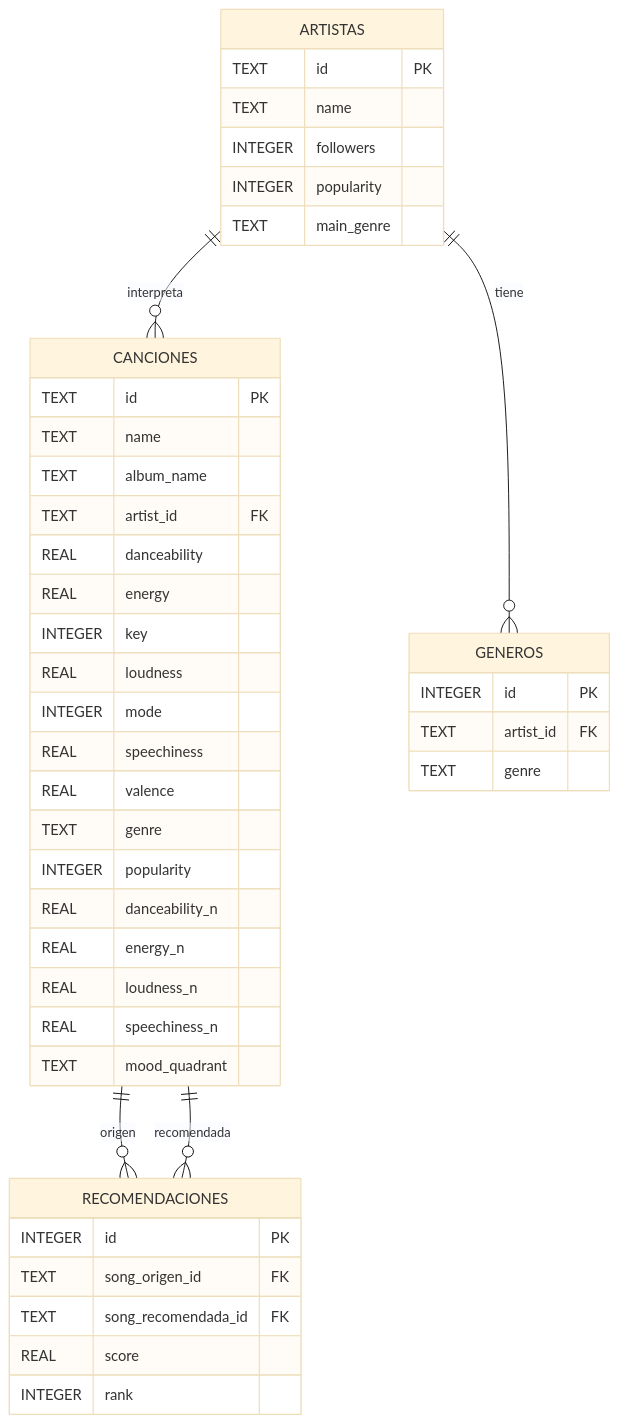
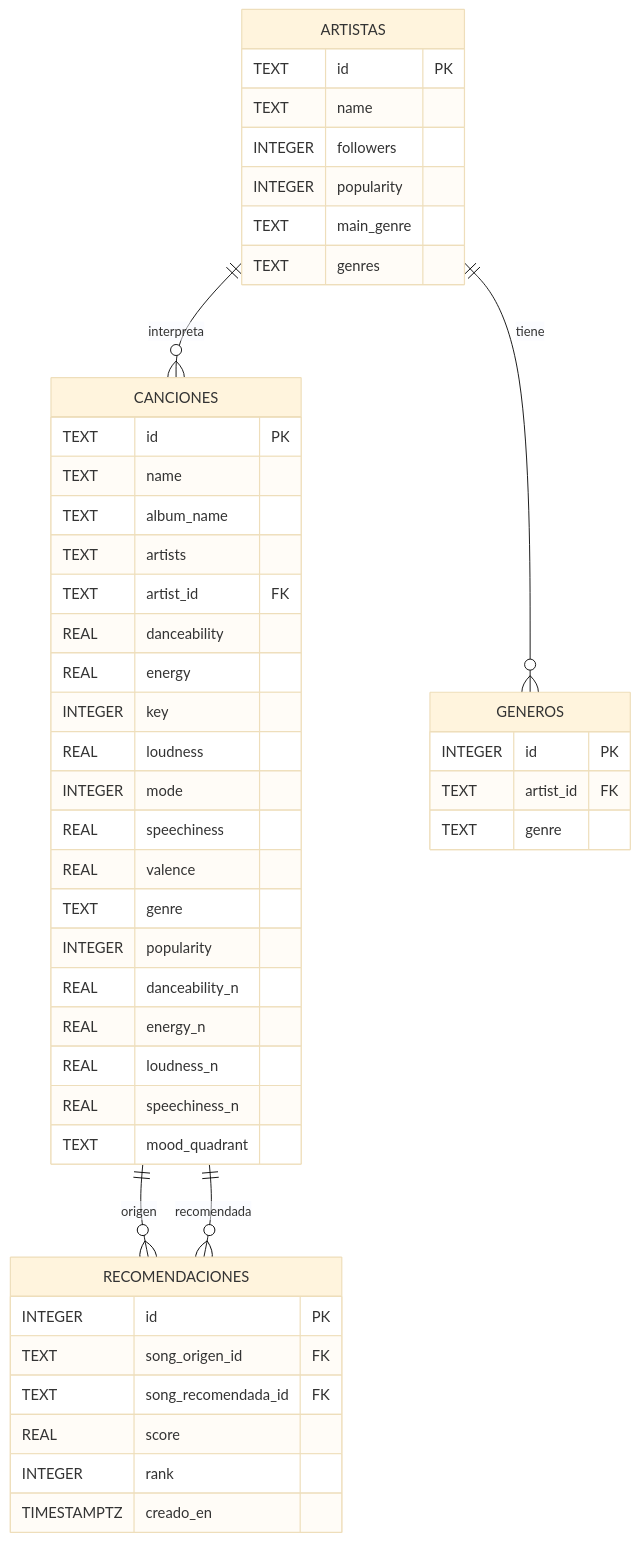
One commit to DanMeraDev/spotify-song-recommender changed the diagram in database/modelo_er.md. Above: the diagram before and after it, drawn with Mermaid (base theme). The commit also changed other lines of this file and 38 other files, not shown here.

````diff
--- a/database/modelo_er.md
+++ b/database/modelo_er.md
@@ -10,47 +11,50 @@
 ```mermaid
 erDiagram
     ARTISTAS ||--o{ CANCIONES : "interpreta"
     ARTISTAS ||--o{ GENEROS : "tiene"
     CANCIONES ||--o{ RECOMENDACIONES : "origen"
     CANCIONES ||--o{ RECOMENDACIONES : "recomendada"
 
     ARTISTAS {
         TEXT id PK
         TEXT name
         INTEGER followers
         INTEGER popularity
         TEXT main_genre
+        TEXT genres
     }
     CANCIONES {
         TEXT id PK
         TEXT name
         TEXT album_name
+        TEXT artists
         TEXT artist_id FK
         REAL danceability
         REAL energy
         INTEGER key
         REAL loudness
         INTEGER mode
         REAL speechiness
         REAL valence
         TEXT genre
         INTEGER popularity
         REAL danceability_n
         REAL energy_n
         REAL loudness_n
         REAL speechiness_n
         TEXT mood_quadrant
     }
     GENEROS {
         INTEGER id PK
         TEXT artist_id FK
         TEXT genre
     }
     RECOMENDACIONES {
         INTEGER id PK
         TEXT song_origen_id FK
         TEXT song_recomendada_id FK
         REAL score
         INTEGER rank
+        TIMESTAMPTZ creado_en
     }
 ```
````
